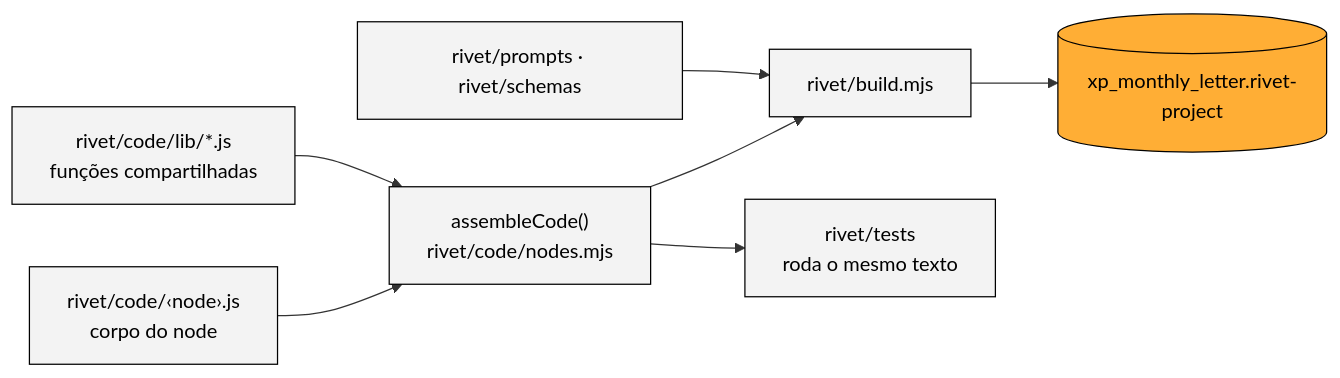
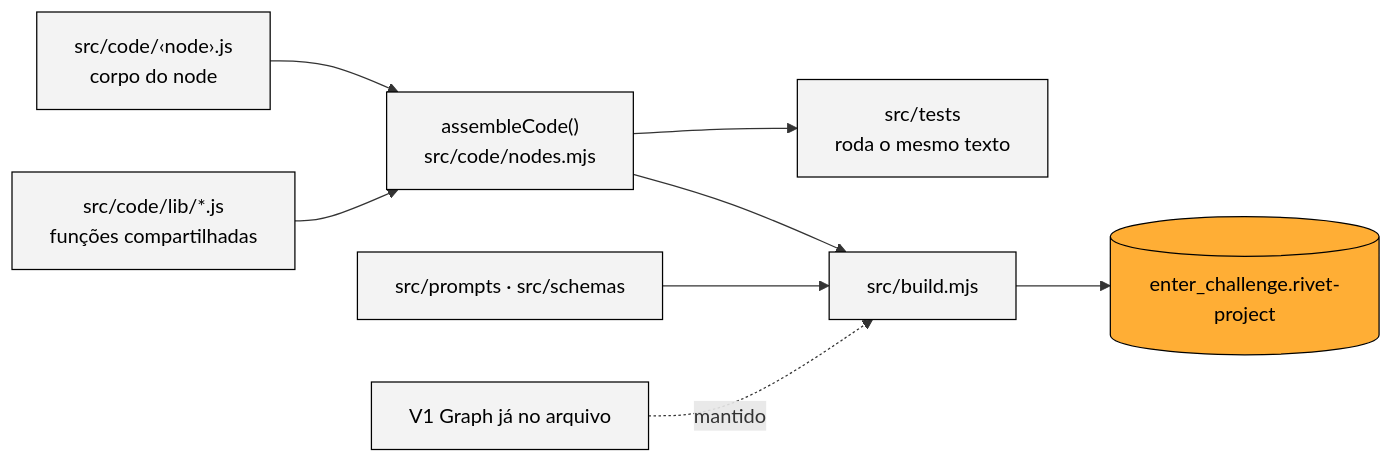
The third of 4 diagrams in docs/04_arquitetura_e_codigo.md (eu-adrianocarvalho/enter-challenge), drawn with Mermaid before and after one commit. The commit also changed other lines of this file and 73 other files, not shown here.

First line of the commit message:
Move everything into enter_challenge.rivet-project and name nodes by type

````diff
--- a/docs/04_arquitetura_e_codigo.md
+++ b/docs/04_arquitetura_e_codigo.md
@@ -92,12 +93,13 @@
 ```mermaid
 flowchart LR
-  LIB["rivet/code/lib/*.js<br/>funções compartilhadas"] --> AS["assembleCode()<br/>rivet/code/nodes.mjs"]
-  BODY["rivet/code/‹node›.js<br/>corpo do node"] --> AS
-  PR["rivet/prompts · rivet/schemas"] --> B["rivet/build.mjs"]
-  AS --> B --> PJ[("xp_monthly_letter.rivet-project")]
-  AS --> T["rivet/tests<br/>roda o mesmo texto"]
+  LIB["src/code/lib/*.js<br/>funções compartilhadas"] --> AS["assembleCode()<br/>src/code/nodes.mjs"]
+  BODY["src/code/‹node›.js<br/>corpo do node"] --> AS
+  PR["src/prompts · src/schemas"] --> B["src/build.mjs"]
+  AS --> B --> PJ[("enter_challenge.rivet-project")]
+  V1["V1 Graph já no arquivo"] -. "mantido" .-> B
+  AS --> T["src/tests<br/>roda o mesmo texto"]
   classDef rivet fill:#ffae35,stroke:#000,color:#000
   classDef code fill:#f3f3f3,stroke:#000,color:#000
   class PJ rivet
-  class LIB,BODY,AS,PR,B,T code
+  class LIB,BODY,AS,PR,B,T,V1 code
 ```
````
